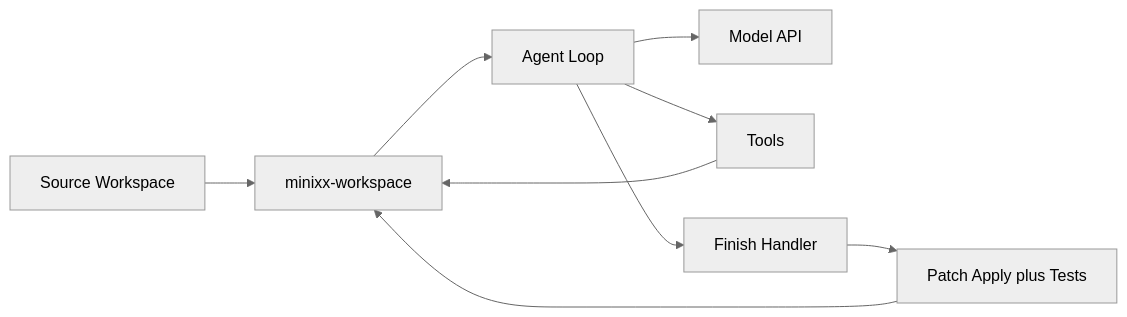
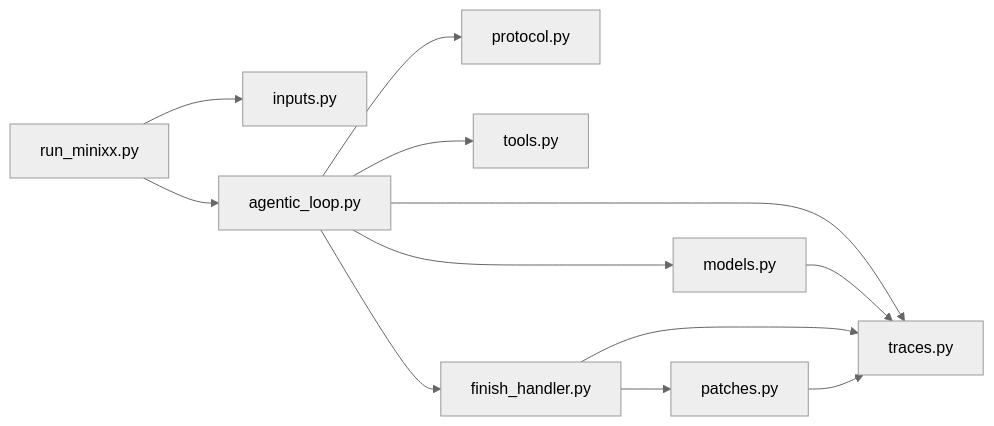
Before and after one commit to mtov/minixx: the second of 2 diagrams in README.md, drawn with Mermaid (neutral theme).

Commit message:
docs: refine README structure and architecture diagram

````diff
--- a/README.md
+++ b/README.md
@@ -217,11 +217,14 @@
 ```mermaid
 flowchart LR
-    A[Source Workspace] --> B[minixx-workspace]
-    B --> C[Agent Loop]
-    C --> D[Model API]
-    C --> E[Tools]
-    E --> B
-    C --> F[Finish Handler]
-    F --> G[Patch Apply plus Tests]
-    G --> B
+    A[run_minixx.py] --> B[inputs.py]
+    A --> C[agentic_loop.py]
+    C --> D[models.py]
+    C --> E[protocol.py]
+    C --> F[tools.py]
+    C --> G[finish_handler.py]
+    G --> H[patches.py]
+    C --> I[traces.py]
+    D --> I
+    G --> I
+    H --> I
 ```
````
